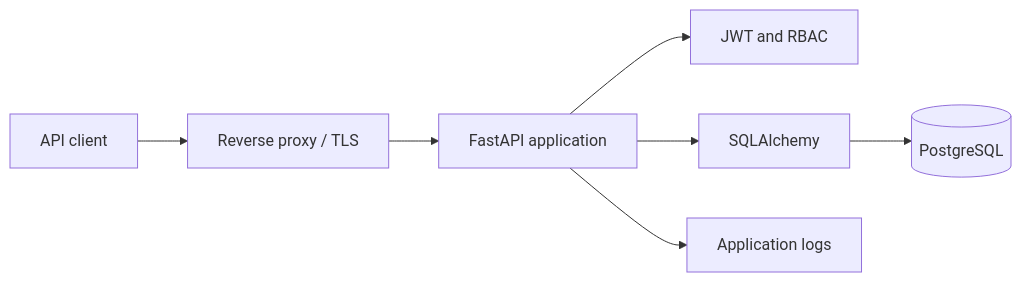
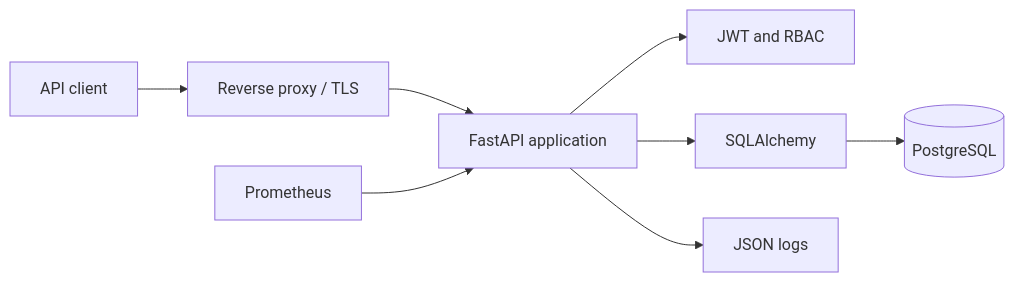
One commit to HoungDev/fastapi-production-api changed the diagram in README.md. Above: the diagram before and after it, drawn with Mermaid. The commit also changed other lines of this file and 18 other files, not shown here.

````diff
--- a/README.md
+++ b/README.md
@@ -115,9 +119,10 @@
 ```mermaid
 flowchart LR
     Client["API client"] --> Proxy["Reverse proxy / TLS"]
     Proxy --> API["FastAPI application"]
     API --> Auth["JWT and RBAC"]
     API --> DB["SQLAlchemy"]
     DB --> Postgres[("PostgreSQL")]
-    API --> Logs["Application logs"]
+    API --> Logs["JSON logs"]
+    Monitor["Prometheus"] --> API
 ```
````
